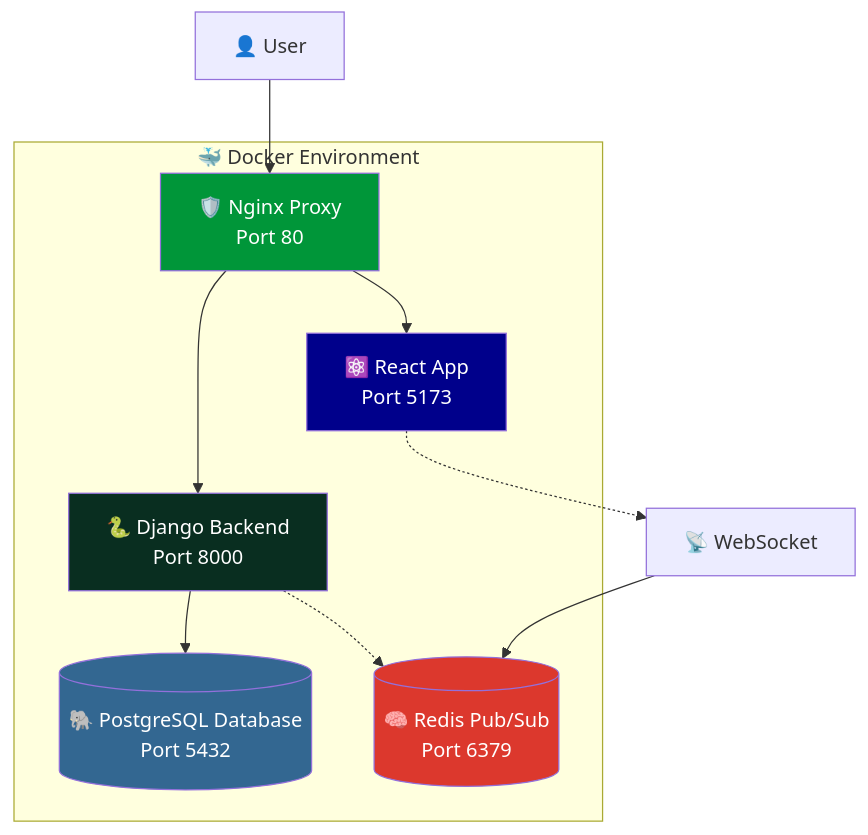
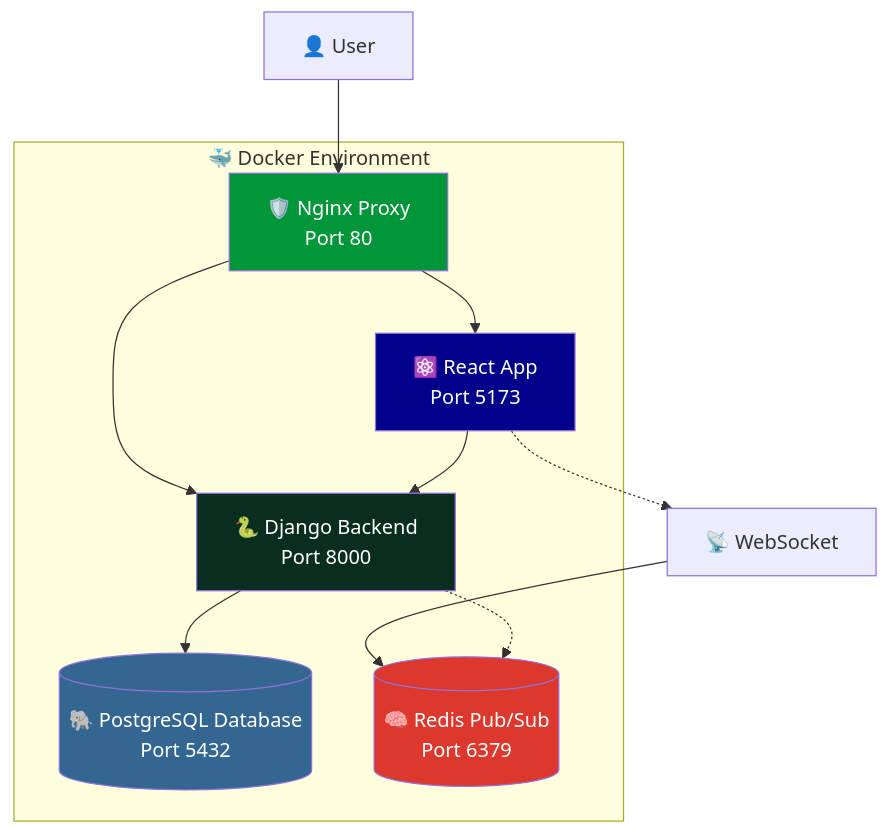
The first of 3 diagrams in README.md (kevinThulnith/devops-project), drawn with Mermaid before and after one commit.

Commit message:
3rd commit

````diff
--- a/README.md
+++ b/README.md
@@ -160,24 +160,25 @@
 ```mermaid
 graph TB
    subgraph "🐳 Docker Environment"
       Proxy[🛡️ Nginx Proxy<br/>Port 80]
       Frontend[⚛️ React App<br/>Port 5173]
       Backend[🐍 Django Backend<br/>Port 8000]
       Database[(🐘 PostgreSQL Database<br/>Port 5432)]
       Redis[(🧠 Redis Pub/Sub<br/>Port 6379)]
    end
 
    User[👤 User] --> Proxy
    Proxy --> Frontend
    Proxy --> Backend
+   Frontend --> Backend
    Frontend -.-> WS[📡 WebSocket]
    Backend --> Database
    WS --> Redis
    Backend -.-> Redis
 
    style Frontend fill:#00008B,color:#fff
    style Backend fill:#092E20,color:#fff
    style Database fill:#336791,color:#fff
    style Redis fill:#DC382D,color:#fff
    style Proxy fill:#009639,color:#fff
 ```
````
